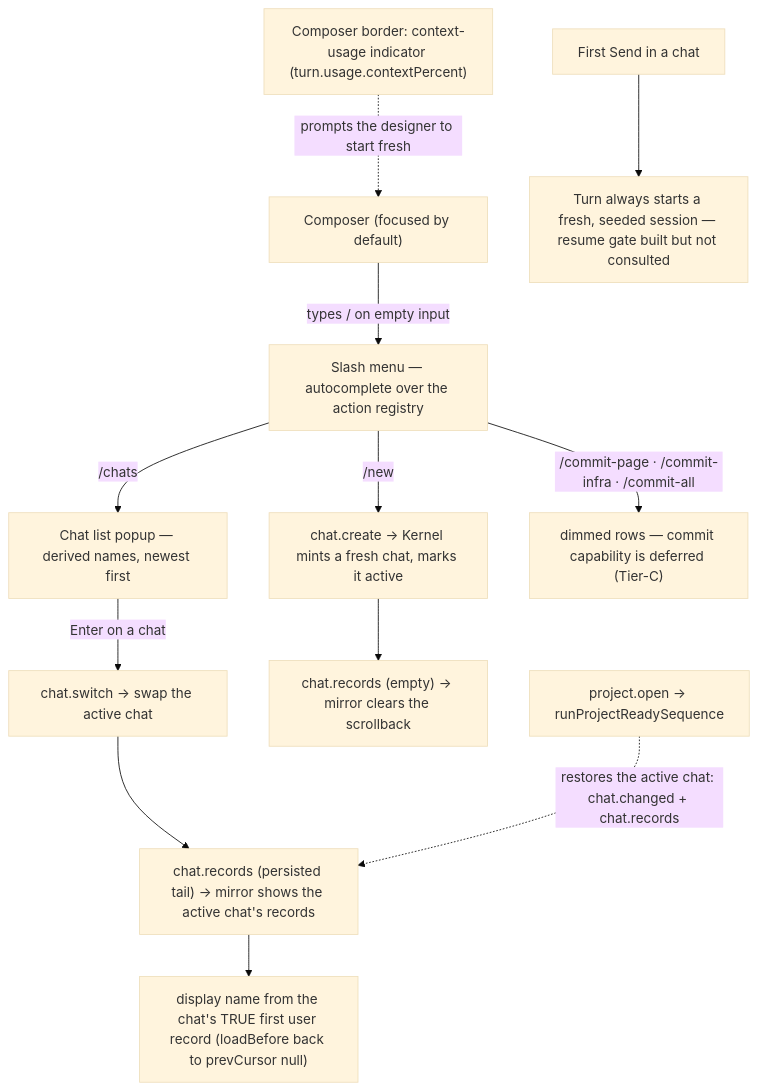
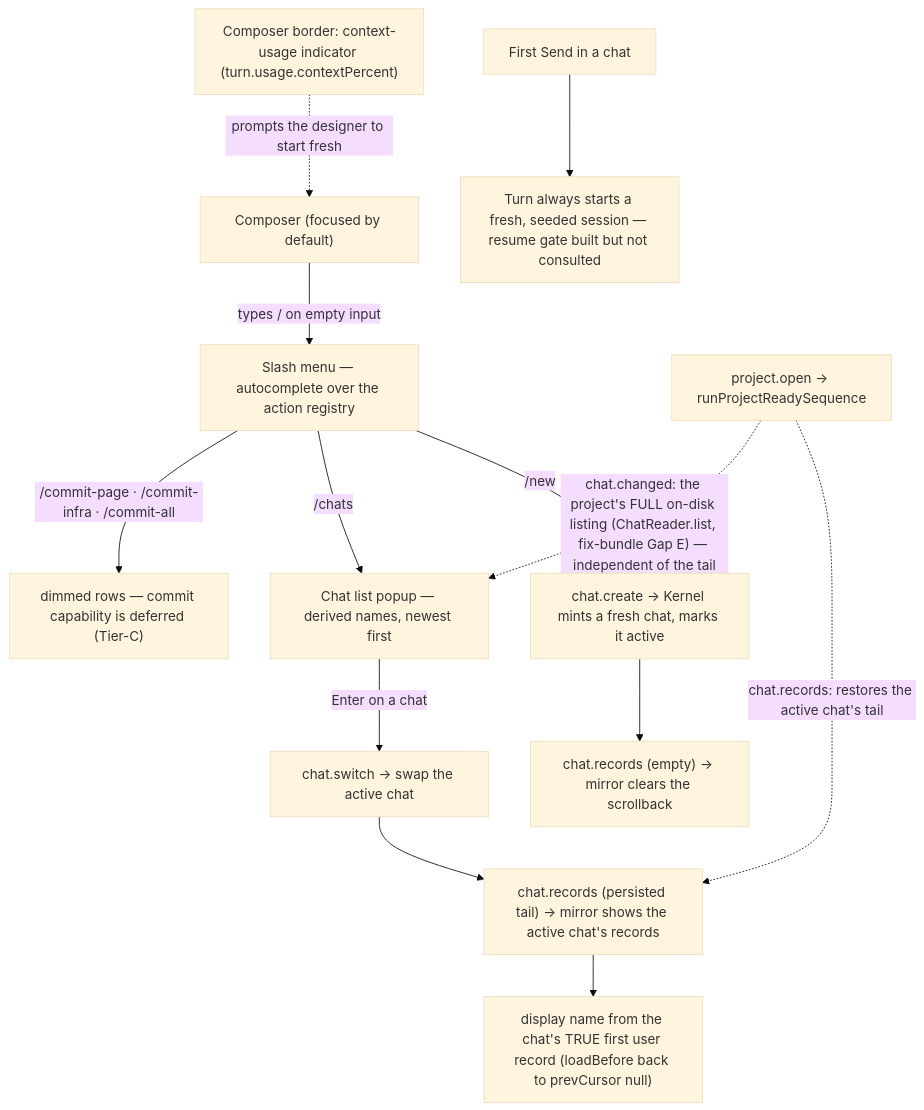
One commit to khmilevoi/termcraft changed the diagram in docs/architecture/flows/chats.md. Above: the diagram before and after it, drawn with Mermaid (base theme). The commit also changed other lines of this file and 5 other files, not shown here.

First line of the commit message:
fix(core): publish the project's real chat list at ready (Gap E)

````diff
--- a/docs/architecture/flows/chats.md
+++ b/docs/architecture/flows/chats.md
@@ -3,14 +3,15 @@
 ```mermaid
 flowchart TD
     composer["Composer (focused by default)"] -- "types / on empty input" --> menu["Slash menu — autocomplete over the action registry"]
     menu -- "/new" --> create["chat.create → Kernel mints a fresh chat, marks it active"]
     menu -- "/chats" --> list["Chat list popup — derived names, newest first"]
     menu -- "/commit-page · /commit-infra · /commit-all" --> commit["dimmed rows — commit capability is deferred (Tier-C)"]
     list -- "Enter on a chat" --> switch["chat.switch → swap the active chat"]
     create --> emptytail["chat.records (empty) → mirror clears the scrollback"]
     switch --> tail["chat.records (persisted tail) → mirror shows the active chat's records"]
     tail --> name["display name from the chat's TRUE first user record (loadBefore back to prevCursor null)"]
     send["First Send in a chat"] --> fresh["Turn always starts a fresh, seeded session — resume gate built but not consulted"]
-    relaunch["project.open → runProjectReadySequence"] -. "restores the active chat: chat.changed + chat.records" .-> tail
+    relaunch["project.open → runProjectReadySequence"] -. "chat.records: restores the active chat's tail" .-> tail
+    relaunch -. "chat.changed: the project's FULL on-disk listing (ChatReader.list, fix-bundle Gap E) — independent of the tail" .-> list
     usage["Composer border: context-usage indicator (turn.usage.contextPercent)"] -. "prompts the designer to start fresh" .-> composer
 ```
````
